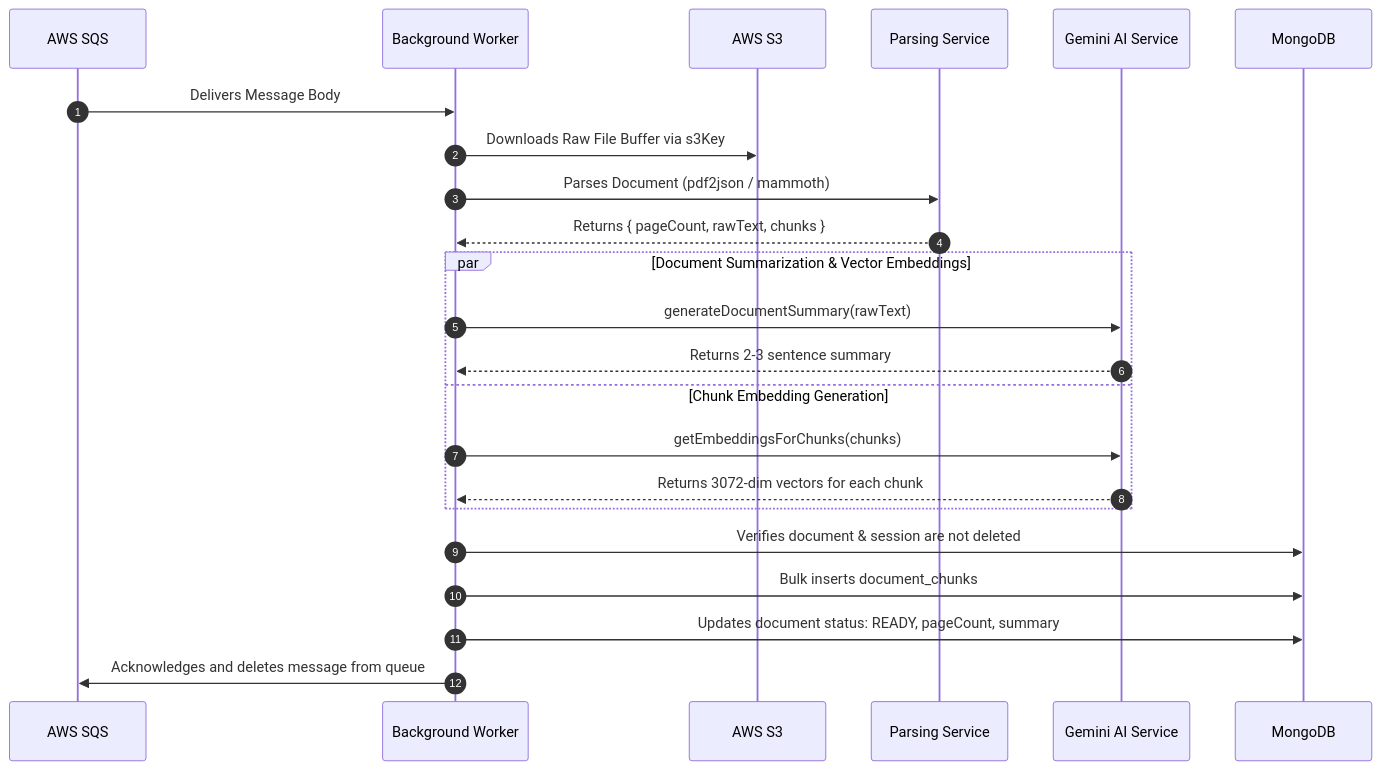
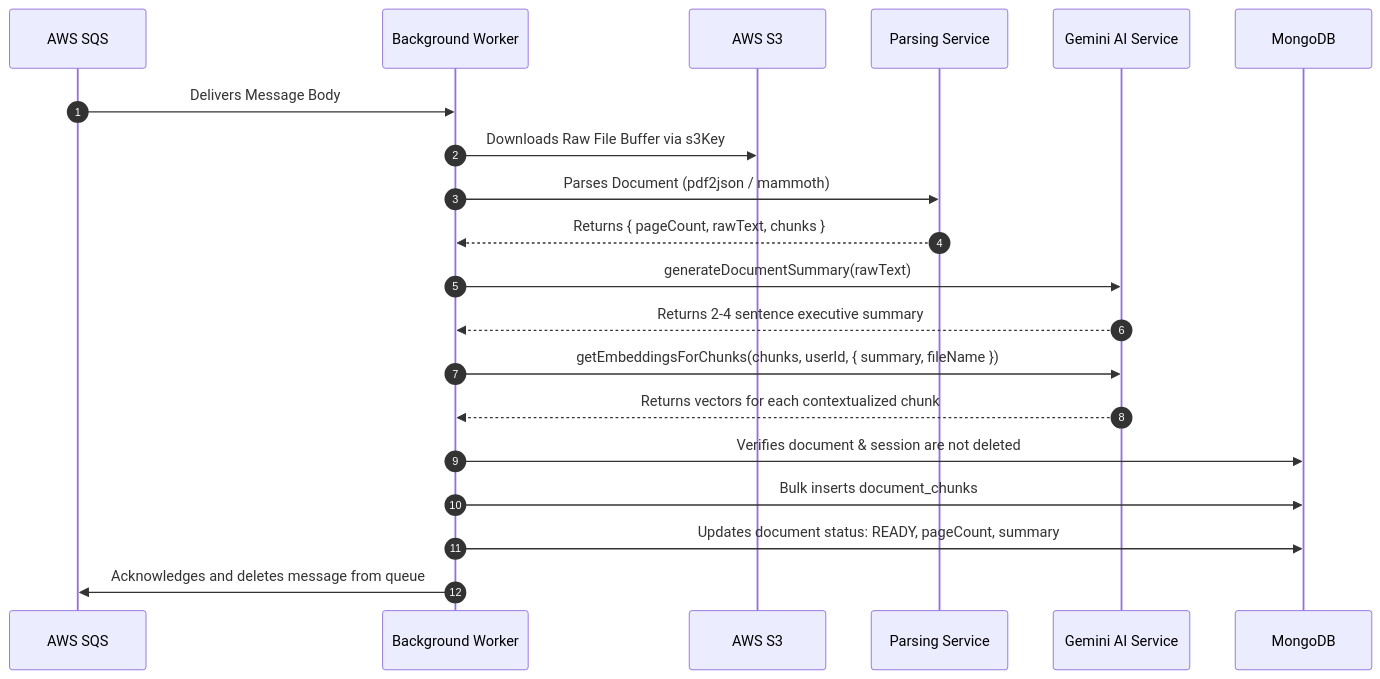
The third of 3 diagrams in BE_TRD.md (Mohim-Singla/document_processor), drawn with Mermaid before and after one commit. The commit also changed other lines of this file and 8 other files, not shown here.

Commit message:
Use summary to generate embeddings and increase chat context in a sessison

````diff
--- a/BE_TRD.md
+++ b/BE_TRD.md
@@ -766,28 +766,25 @@
 ```mermaid
 sequenceDiagram
     autonumber
     participant SQS as AWS SQS
     participant Worker as Background Worker
     participant S3 as AWS S3
     participant Parser as Parsing Service
     participant Gemini as Gemini AI Service
     participant Mongo as MongoDB
 
     SQS->>Worker: Delivers Message Body
     Worker->>S3: Downloads Raw File Buffer via s3Key
     Worker->>Parser: Parses Document (pdf2json / mammoth)
     Parser-->>Worker: Returns { pageCount, rawText, chunks }
     
-    par Document Summarization & Vector Embeddings
-        Worker->>Gemini: generateDocumentSummary(rawText)
-        Gemini-->>Worker: Returns 2-3 sentence summary
-    and Chunk Embedding Generation
-        Worker->>Gemini: getEmbeddingsForChunks(chunks)
-        Gemini-->>Worker: Returns 3072-dim vectors for each chunk
-    end
+    Worker->>Gemini: generateDocumentSummary(rawText)
+    Gemini-->>Worker: Returns 2-4 sentence executive summary
+    Worker->>Gemini: getEmbeddingsForChunks(chunks, userId, { summary, fileName })
+    Gemini-->>Worker: Returns vectors for each contextualized chunk
 
     Worker->>Mongo: Verifies document & session are not deleted
     Worker->>Mongo: Bulk inserts document_chunks
     Worker->>Mongo: Updates document status: READY, pageCount, summary
     Worker->>SQS: Acknowledges and deletes message from queue
 ```
````
